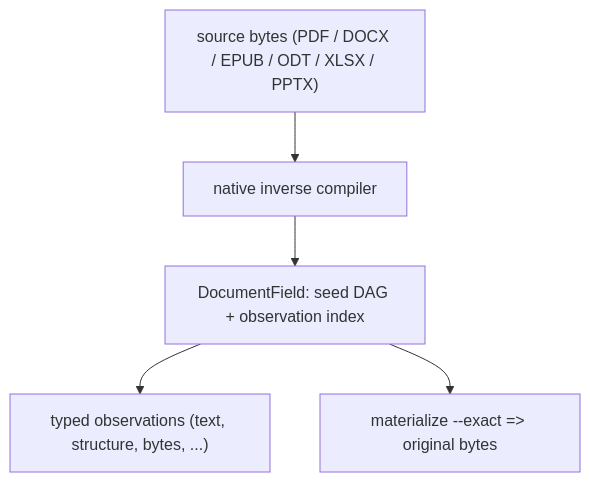
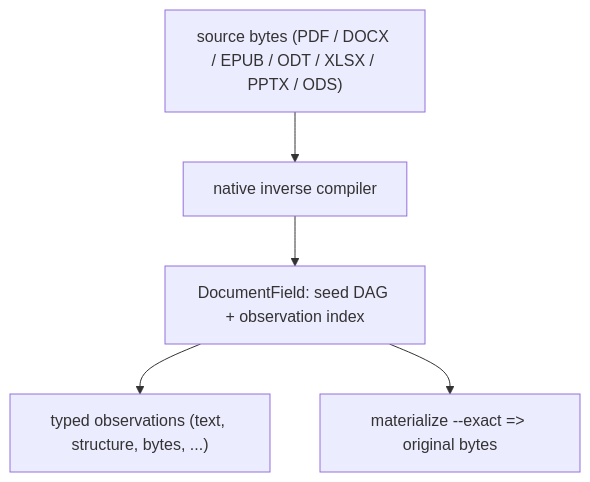
The diagram in README.md (infinityabundance/vole-document), drawn with Mermaid before and after one commit. The commit also changed other lines of this file and 10 other files, not shown here.

````diff
--- a/README.md
+++ b/README.md
@@ -114,7 +114,7 @@
 ```mermaid
 flowchart TD
-    A["source bytes (PDF / DOCX / EPUB / ODT / XLSX / PPTX)"] --> B["native inverse compiler"]
+    A["source bytes (PDF / DOCX / EPUB / ODT / XLSX / PPTX / ODS)"] --> B["native inverse compiler"]
     B --> C["DocumentField: seed DAG + observation index"]
     C --> D["typed observations (text, structure, bytes, ...)"]
     C --> E["materialize --exact => original bytes"]
 ```
````
